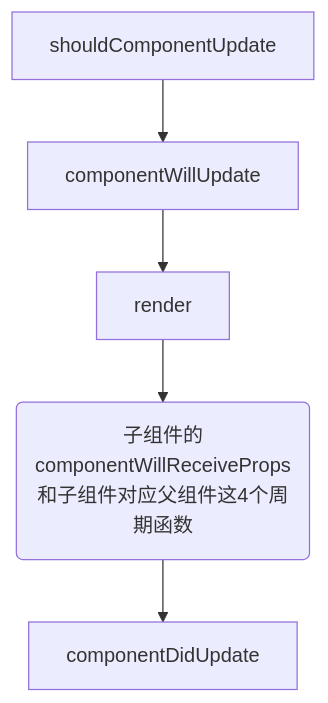
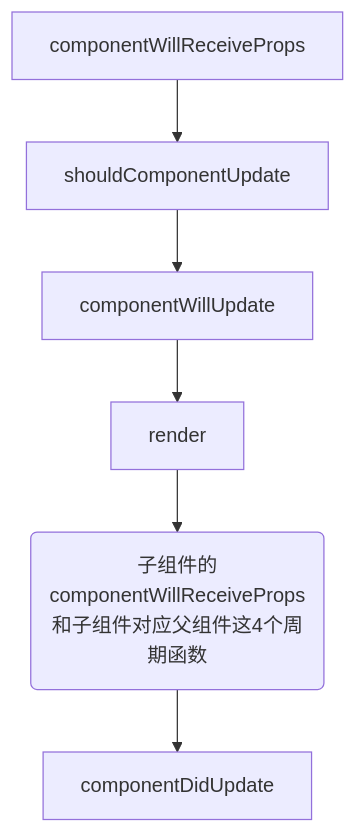
The second of 2 diagrams in programming-tech/React/api-生命周期和hooks.md (huiruo/programming-tech-website), drawn with Mermaid before and after one commit. The commit also changed other lines of this file and 10 other files, not shown here.

````diff
--- a/programming-tech/React/api-生命周期和hooks.md
+++ b/programming-tech/React/api-生命周期和hooks.md
@@ -83,4 +95,4 @@
 ```mermaid
 flowchart TD
-shouldComponentUpdate-->componentWillUpdate-->render-->A1("子组件的componentWillReceiveProps和子组件对应父组件这4个周期函数")-->componentDidUpdate
+componentWillReceiveProps-->shouldComponentUpdate-->componentWillUpdate-->render-->A1("子组件的componentWillReceiveProps和子组件对应父组件这4个周期函数")-->componentDidUpdate
 ```
````
